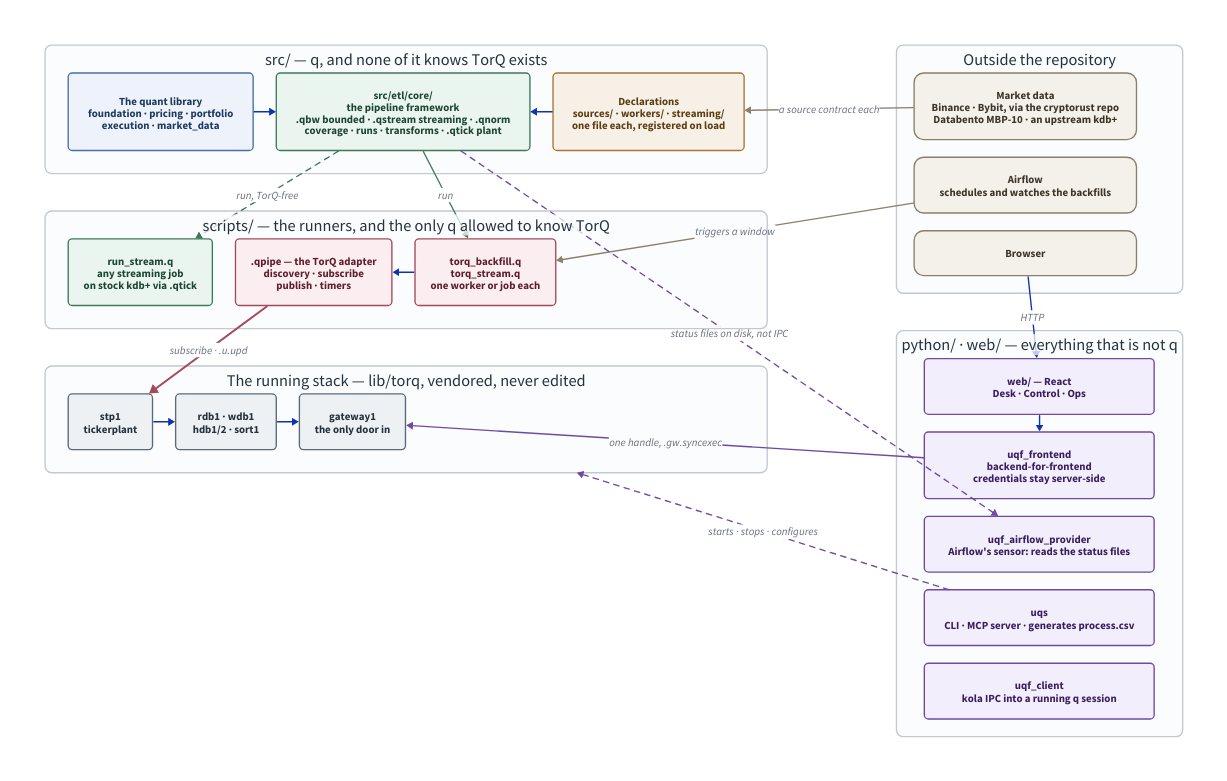
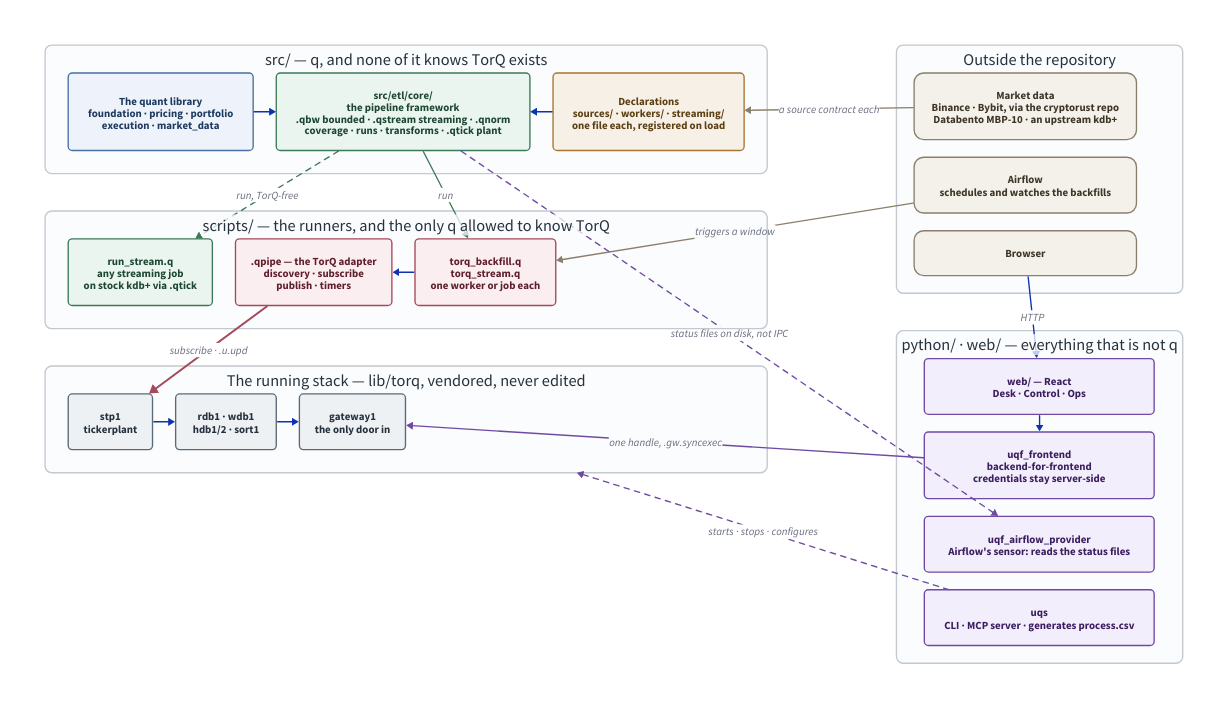
One commit to kwojdalski/uqf changed the diagram in docs/diagrams/repo-overview.d2. Above: the diagram before and after it, drawn with D2. The commit also changed 27 other files, not shown here.

First line of the commit message:
Remove uqf_client, and move the repo-wide tests it was hosting

```diff
--- a/docs/diagrams/repo-overview.d2
+++ b/docs/diagrams/repo-overview.d2
@@ -231,7 +231,6 @@
     bff: "uqf_frontend\nbackend-for-frontend\ncredentials stay server-side" { class: py }
     provider: "uqf_airflow_provider\nAirflow's sensor: reads the status files" { class: py }
     orch: "uqs\nCLI · MCP server · generates process.csv" { class: py }
-    client: "uqf_client\nkola IPC into a running q session" { class: py }
   }
 
   outside.browser -> py.web: "HTTP"
```
